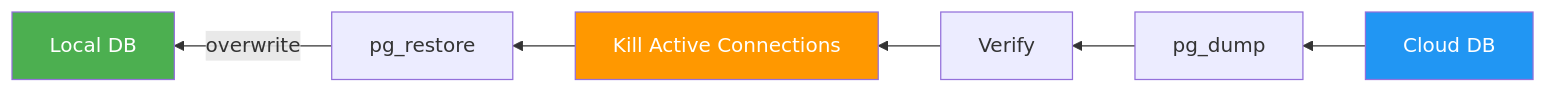
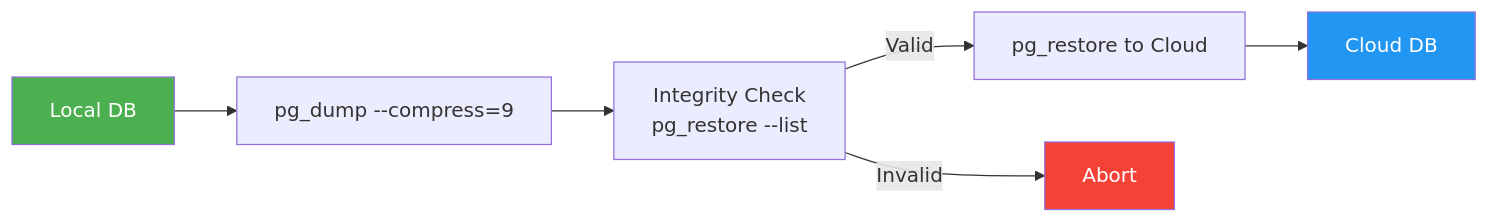
One commit to ghanirahmans/gaet changed the diagram in README.md. Above: the diagram before and after it, drawn with Mermaid. The commit also changed other lines of this file and 5 other files, not shown here.

````diff
--- a/README.md
+++ b/README.md
@@ -355,12 +236,12 @@
 ```mermaid
-flowchart RL
-    A[Cloud DB] --> B[pg_dump]
-    B --> C[Verify]
-    C --> D[Kill Active Connections]
-    D --> E[pg_restore]
-    E -->|overwrite| F[Local DB]
-
-    style A fill:#2196F3,color:#fff
-    style F fill:#4CAF50,color:#fff
-    style D fill:#FF9800,color:#fff
+flowchart LR
+    A[Local DB] --> B[pg_dump --compress=9]
+    B --> C[Integrity Check\npg_restore --list]
+    C -->|Valid| D[pg_restore to Cloud]
+    C -->|Invalid| E[Abort]
+    D --> F[Cloud DB]
+    
+    style A fill:#4CAF50,color:#fff
+    style F fill:#2196F3,color:#fff
+    style E fill:#f44336,color:#fff
 ```
````
